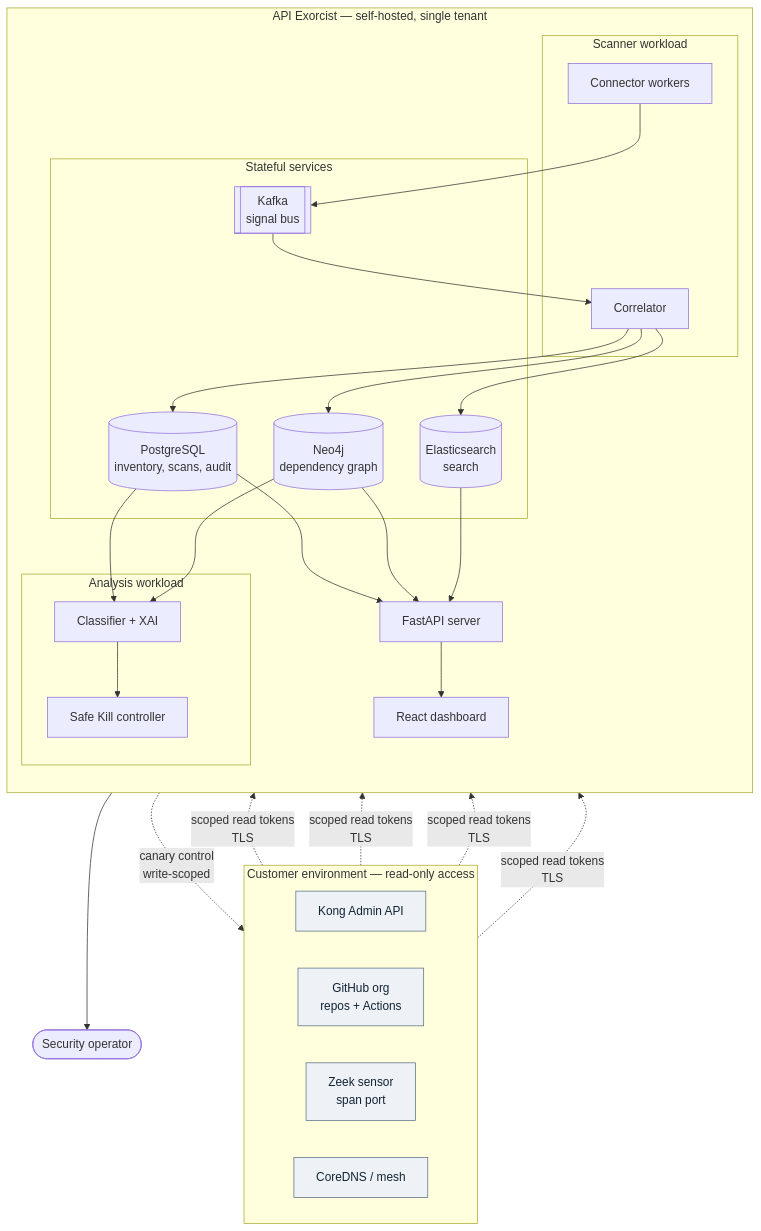
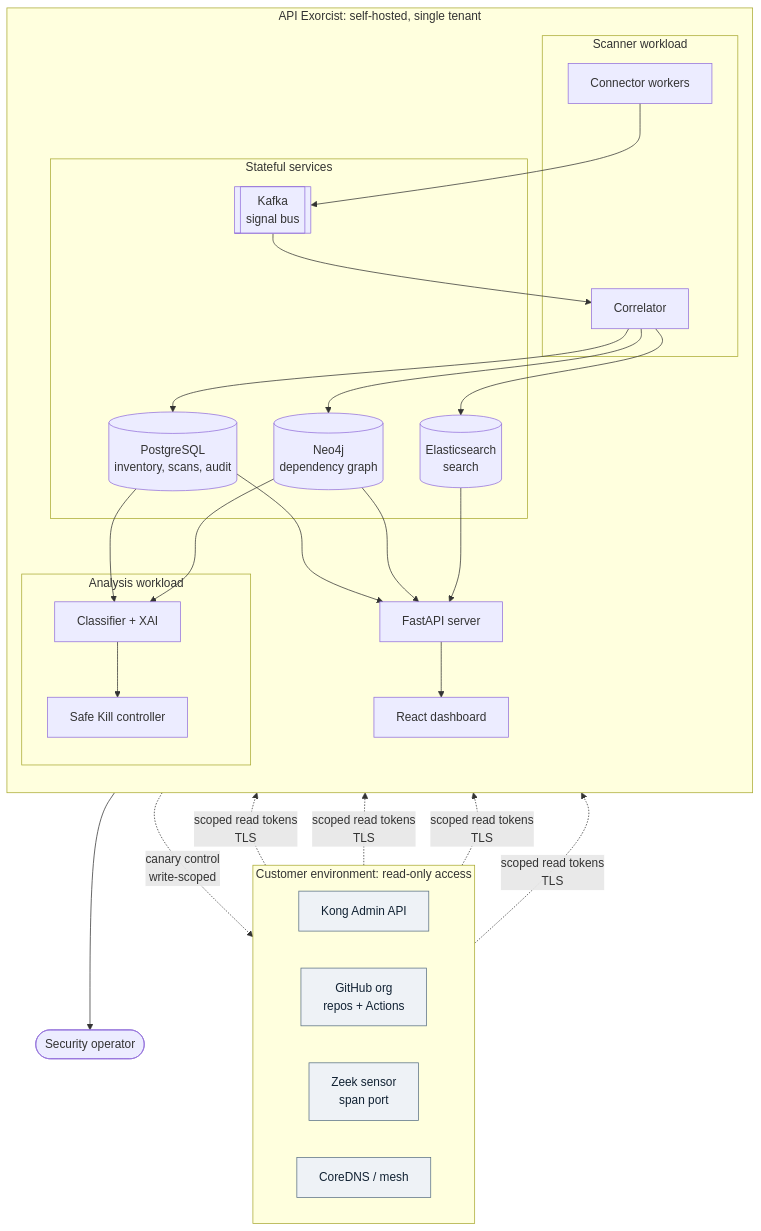
Before and after one commit to shivanshjindal28/api-exorcist: the third of 10 diagrams in docs/design-document.md, drawn with Mermaid. The commit also changed other lines of this file and 36 other files, not shown here.

````diff
--- a/docs/design-document.md
+++ b/docs/design-document.md
@@ -247,43 +247,43 @@
 ```mermaid
 flowchart TB
-    subgraph CUST["Customer environment — read-only access"]
+    subgraph CUST["Customer environment: read-only access"]
         direction LR
         C1["Kong Admin API"]
         C2["GitHub org<br/>repos + Actions"]
         C3["Zeek sensor<br/>span port"]
         C4["CoreDNS / mesh"]
     end
 
-    subgraph HOST["API Exorcist — self-hosted, single tenant"]
+    subgraph HOST["API Exorcist: self-hosted, single tenant"]
         direction TB
         subgraph POD1["Scanner workload"]
             W1["Connector workers"]
             W2["Correlator"]
         end
         subgraph POD2["Analysis workload"]
             W3["Classifier + XAI"]
             W4["Safe Kill controller"]
         end
         subgraph DATA["Stateful services"]
             PG[("PostgreSQL<br/>inventory, scans, audit")]
             NEO[("Neo4j<br/>dependency graph")]
             ES[("Elasticsearch<br/>search")]
             KAF[["Kafka<br/>signal bus"]]
         end
         SRV["FastAPI server"]
         WEB["React dashboard"]
     end
 
     OP(["Security operator"])
 
     C1 & C2 & C3 & C4 -.->|"scoped read tokens<br/>TLS"| W1
     W1 --> KAF --> W2
     W2 --> PG & ES & NEO
     PG & NEO --> W3 --> W4
     W4 -.->|"canary control<br/>write-scoped"| C1
     PG & NEO & ES --> SRV --> WEB --> OP
 
     classDef ext fill:#eef2f6,stroke:#5A7184,color:#123
     classDef int fill:#dff0e8,stroke:#2F6B63,color:#123
     class C1,C2,C3,C4 ext
 ```
````
